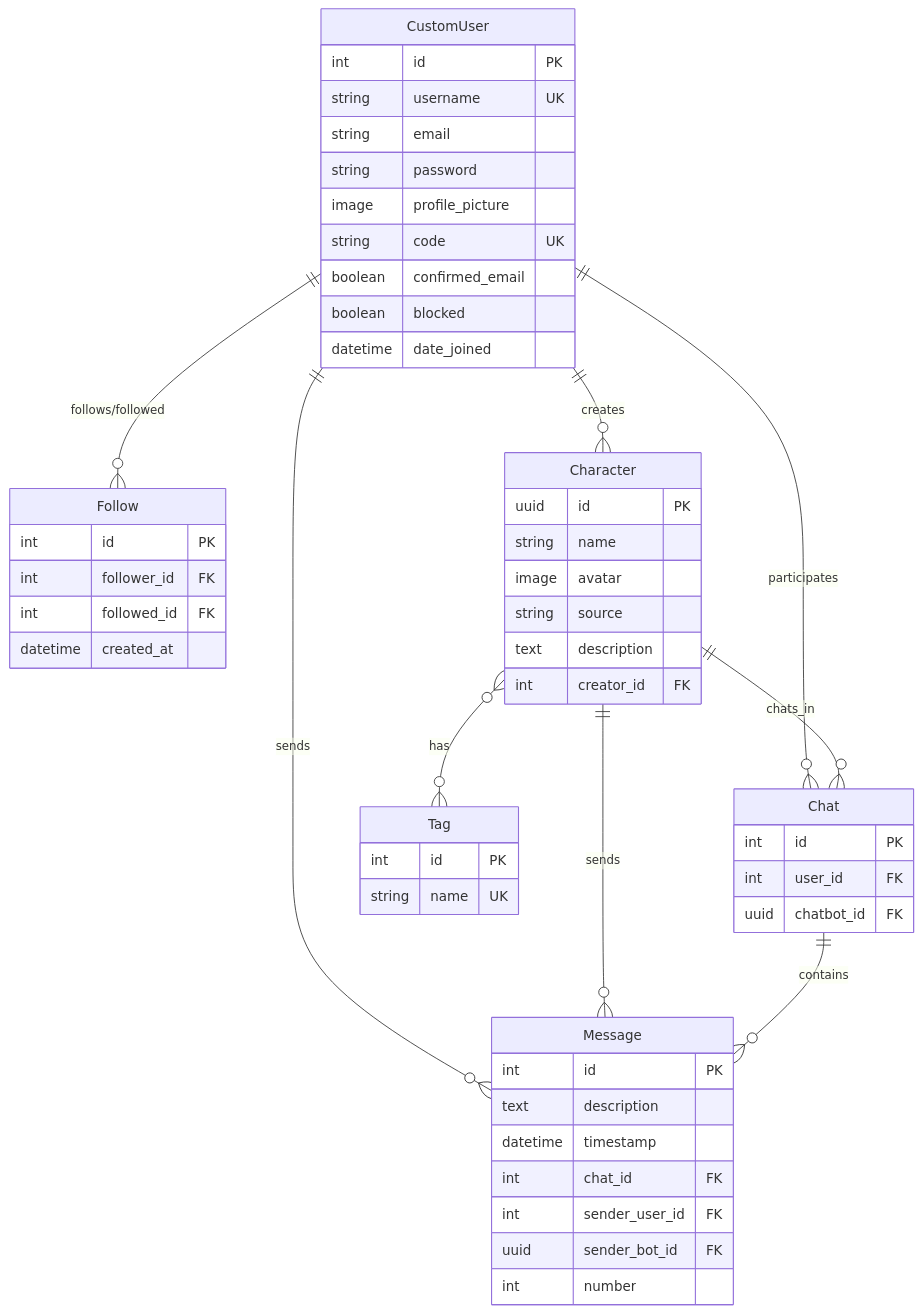
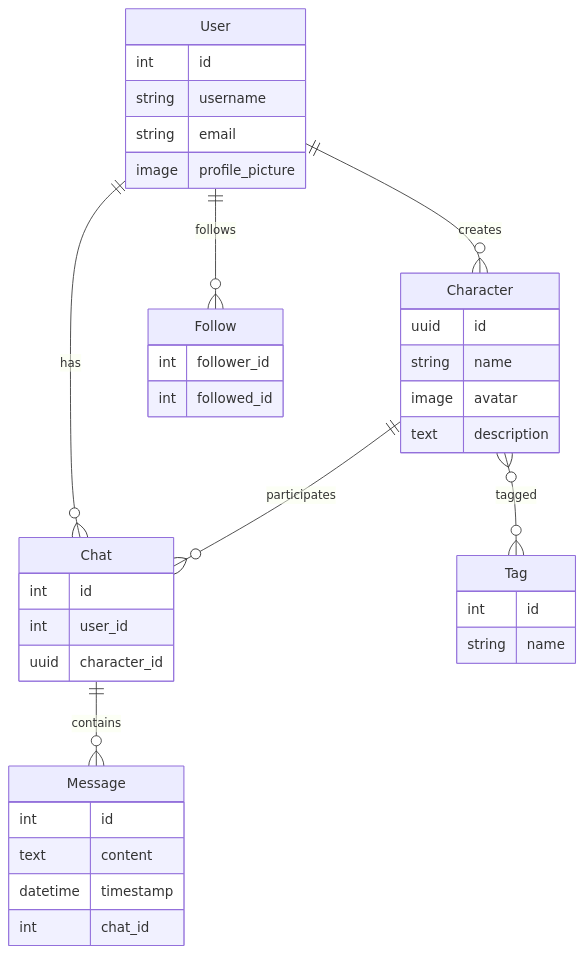
One commit to Zero123-star/JunoChat changed the second of 10 diagrams in DIAGRAM.md. Above: the diagram before and after it, drawn with Mermaid. The commit also changed other lines of this file, not shown here.

First line of the commit message:
Simplify UML diagrams for better readability

````diff
--- a/DIAGRAM.md
+++ b/DIAGRAM.md
@@ -46,62 +35,48 @@
 ```mermaid
 erDiagram
-    CustomUser ||--o{ Follow : "follows/followed"
-    CustomUser ||--o{ Character : "creates"
-    CustomUser ||--o{ Chat : "participates"
-    CustomUser ||--o{ Message : "sends"
+    User ||--o{ Character : creates
+    User ||--o{ Chat : has
+    User ||--o{ Follow : follows
     
-    Character ||--o{ Chat : "chats_in"
-    Character ||--o{ Message : "sends"
-    Character }o--o{ Tag : "has"
+    Character ||--o{ Chat : participates
+    Character }o--o{ Tag : tagged
     
-    Chat ||--o{ Message : "contains"
+    Chat ||--o{ Message : contains
     
-    CustomUser {
-        int id PK
-        string username UK
+    User {
+        int id
+        string username
         string email
-        string password
         image profile_picture
-        string code UK
-        boolean confirmed_email
-        boolean blocked
-        datetime date_joined
+    }
+    
+    Character {
+        uuid id
+        string name
+        image avatar
+        text description
+    }
+    
+    Chat {
+        int id
+        int user_id
+        uuid character_id
+    }
+    
+    Message {
+        int id
+        text content
+        datetime timestamp
+        int chat_id
+    }
+    
+    Tag {
+        int id
+        string name
     }
     
     Follow {
-        int id PK
-        int follower_id FK
-        int followed_id FK
-        datetime created_at
-    }
-    
-    Character {
-        uuid id PK
-        string name
-        image avatar
-        string source
-        text description
-        int creator_id FK
-    }
-    
-    Tag {
-        int id PK
-        string name UK
-    }
-    
-    Chat {
-        int id PK
-        int user_id FK
-        uuid chatbot_id FK
-    }
-    
-    Message {
-        int id PK
-        text description
-        datetime timestamp
-        int chat_id FK
-        int sender_user_id FK
-        uuid sender_bot_id FK
-        int number
+        int follower_id
+        int followed_id
     }
 ```
````
